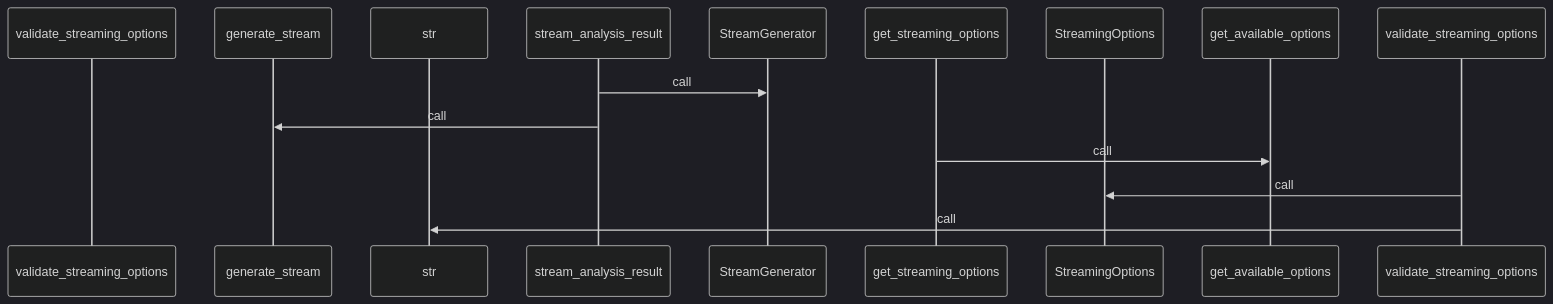
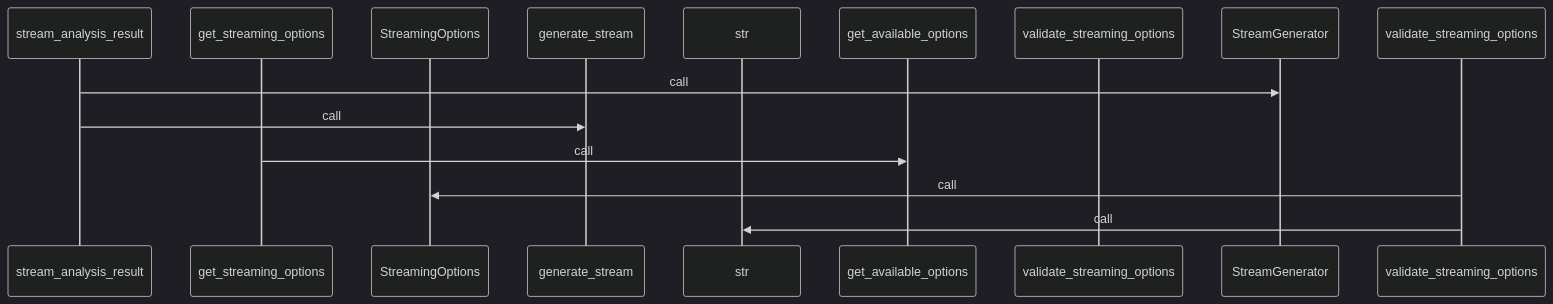
Before and after one commit to yeonjae-personal/codemuse-backend: the sixth of 7 diagrams in generated_docs/rule_analyzer/streaming/__init__.md, drawn with Mermaid (dark theme). The commit also changed other lines of this file and 3378 other files, not shown here.

````diff
--- a/generated_docs/rule_analyzer/streaming/__init__.md
+++ b/generated_docs/rule_analyzer/streaming/__init__.md
@@ -255,16 +255,16 @@
 ```mermaid
 sequenceDiagram
-  participant validate_streaming_optio as validate_streaming_options
+  participant stream_analysis_result as stream_analysis_result
+  participant get_streaming_options as get_streaming_options
+  participant StreamingOptions as StreamingOptions
   participant generate_stream as generate_stream
   participant str as str
-  participant stream_analysis_result as stream_analysis_result
+  participant get_available_options as get_available_options
+  participant validate_streaming_optio as validate_streaming_options
   participant StreamGenerator as StreamGenerator
-  participant get_streaming_options as get_streaming_options
-  participant StreamingOptions as StreamingOptions
-  participant get_available_options as get_available_options
   stream_analysis_result->>StreamGenerator: call
   stream_analysis_result->>generate_stream: call
   get_streaming_options->>get_available_options: call
   validate_streaming_options->>StreamingOptions: call
   validate_streaming_options->>str: call
 ```
````
